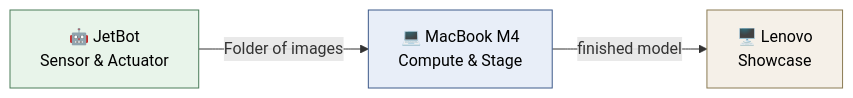
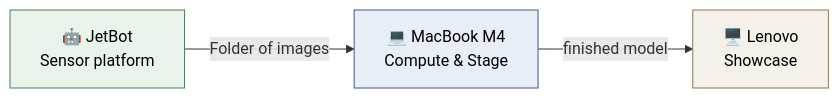
Before and after one commit to NiklasWork/jetbot-3d-modeling: the first of 3 diagrams in APPLICATION-VISION.md, drawn with Mermaid. The commit also changed other lines of this file and 6 other files, not shown here.

````diff
--- a/APPLICATION-VISION.md
+++ b/APPLICATION-VISION.md
@@ -46,8 +46,8 @@
 ```mermaid
 graph LR
-    A["🤖 JetBot<br/>Sensor & Actuator"] -->|Folder of images| B["💻 MacBook M4<br/>Compute & Stage"]
+    A["🤖 JetBot<br/>Sensor platform"] -->|Folder of images| B["💻 MacBook M4<br/>Compute & Stage"]
     B -->|finished model| C["🖥️ Lenovo<br/>Showcase"]
     style A fill:#e8f4ea,stroke:#4a7c59,color:#000
     style B fill:#e8eef8,stroke:#3d5a8a,color:#000
     style C fill:#f5f0e8,stroke:#8a7a52,color:#000
 ```
````
